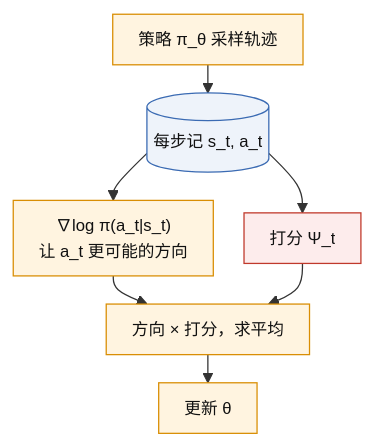
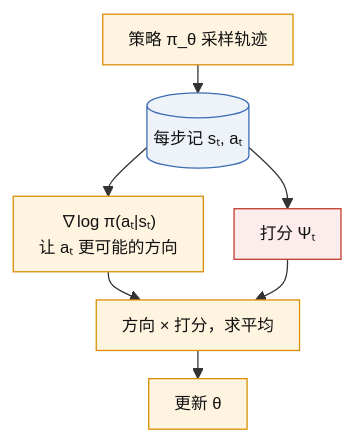
One commit to xiachenfeng/openai-innovation-learning changed diagram 20 of 22 in knowledge/B-alignment/B1-ppo-human-preferences-2017.md. Above: the diagram before and after it, drawn with Mermaid. The commit also changed other lines of this file and 3 other files, not shown here.

````diff
--- a/knowledge/B-alignment/B1-ppo-human-preferences-2017.md
+++ b/knowledge/B-alignment/B1-ppo-human-preferences-2017.md
@@ -934,15 +934,15 @@
 ```mermaid
 %%{init: {"flowchart": {"nodeSpacing": 24, "rankSpacing": 22, "padding": 10}, "themeVariables": {"fontSize": "13px"}}}%%
 flowchart TB
-  P["策略 π_θ 采样轨迹"]:::model --> T[("每步记 s_t, a_t")]:::data
-  T --> D["∇log π(a_t|s_t)<br/>让 a_t 更可能的方向"]:::model
-  T --> S["打分 Ψ_t"]:::loss
+  P["策略 π_θ 采样轨迹"]:::model --> T[("每步记 sₜ, aₜ")]:::data
+  T --> D["∇log π(aₜ|sₜ)<br/>让 aₜ 更可能的方向"]:::model
+  T --> S["打分 Ψₜ"]:::loss
   D --> U["方向 × 打分，求平均"]:::model
   S --> U
   U --> TH["更新 θ"]:::model
   classDef data  fill:#EEF3FA,stroke:#3B6BB3,color:#111
   classDef model fill:#FFF4E0,stroke:#D98E04,color:#111
   classDef frozen fill:#F2F2F2,stroke:#888,color:#333,stroke-dasharray:4 3
   classDef loss  fill:#FDECEC,stroke:#C0392B,color:#111
   classDef human fill:#EAF7EE,stroke:#2E8B57,color:#111
 ```
````
